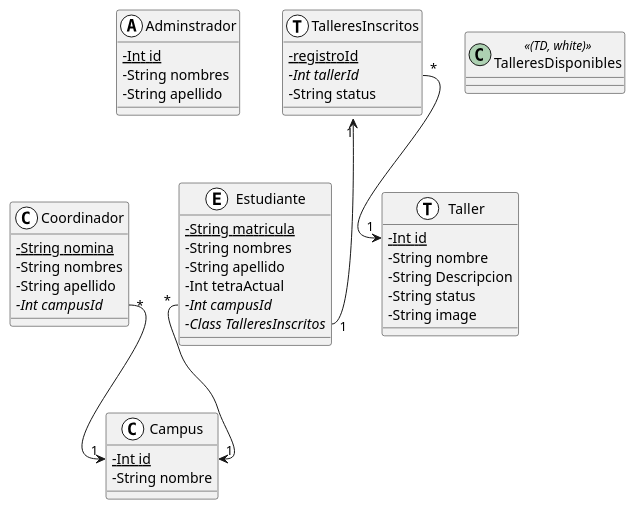
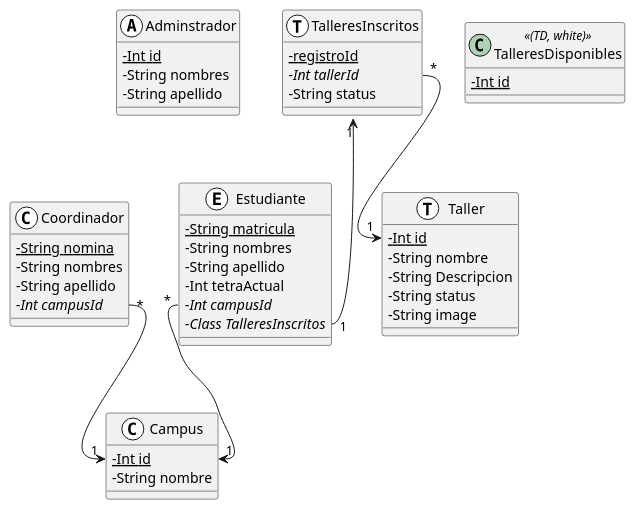
One commit to facund015/codeRelatedObsidianNotes changed the diagram in Reto/Base de datos.md. Above: the diagram before and after it, drawn with PlantUML. The commit also changed 1 other file, not shown here.

Commit message:
vault backup: 2021-10-12 12:44:25

````diff
--- a/Reto/Base de datos.md
+++ b/Reto/Base de datos.md
@@ -2,59 +2,59 @@
 ```plantuml
 @startuml
 skinparam classAttributeIconSize 0
 
 class Adminstrador <<(A,white)>> {
 	{static} -Int id
 	-String nombres
 	-String apellido
 }
 
 class Estudiante <<(E,white)>> {
 	{static} - String matricula
 	-String nombres
 	-String apellido
 	-Int tetraActual
 	{abstract} -Int campusId
 	{abstract} -Class TalleresInscritos
 }
 
 class Campus <<(C,white)>> {
 	{static} -Int id
 	-String nombre
 }
 
 class TalleresInscritos <<(T,white)>> {
 	{static} -registroId 
 	{abstract} -Int tallerId
 	-String status
 }
 
 class Coordinador <<(C,white)>> {
 	{static} -String nomina
 	-String nombres
 	-String apellido
 	{abstract} -Int campusId
 }
 
 class Taller <<(T,white)>> {
     {static} -Int id 
     - String nombre
 	- String Descripcion
     - String status
     - String image
 }
 
 class TalleresDisponibles <<(TD, white)>> {
-	
+	{static} -Int id
 }
 
 
 
 
 TalleresInscritos "1" <-- "1" Estudiante::TalleresInscritos
 TalleresInscritos::tallerId "*" --> "1" Taller::id
 Estudiante::campusId "*" --> "1" Campus::id
 Coordinador::campusId "*" --> "1" Campus::id 
 
 @enduml
 ```
````
